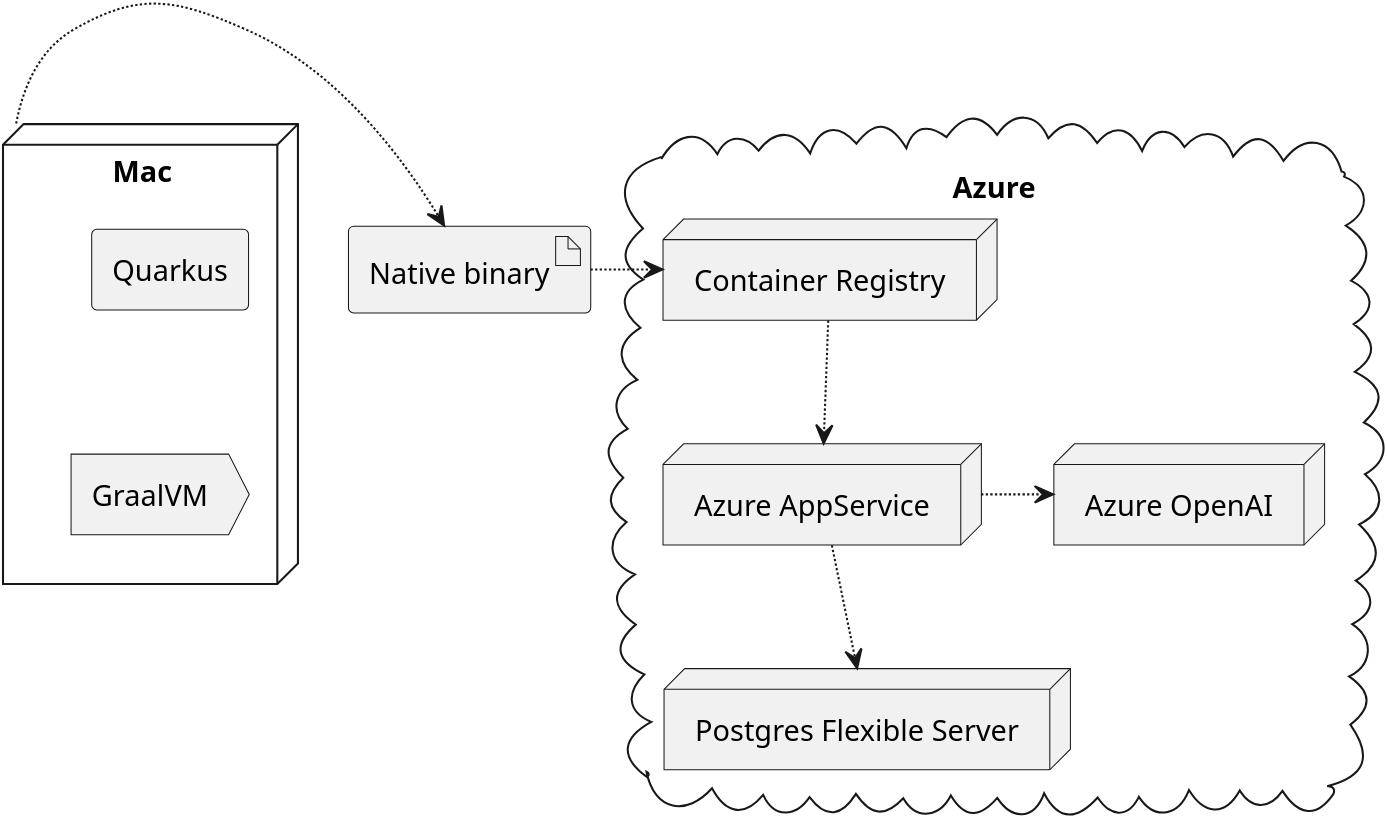
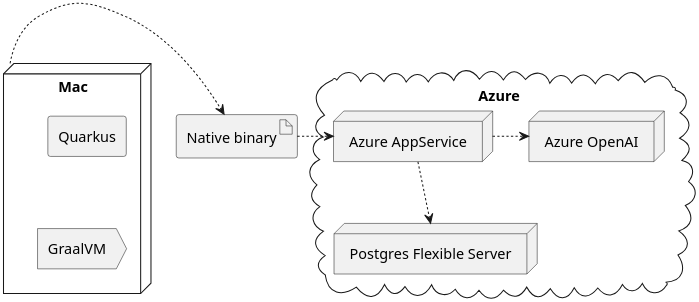
Before and after one commit to agoncal/agoncal-sample-azure-monitoring: the diagram in docs/src/docs/plantuml/cd-note-01-architecture.puml, drawn with PlantUML. The commit also changed 3 other files, not shown here.

```diff
--- a/docs/src/docs/plantuml/cd-note-01-architecture.puml
+++ b/docs/src/docs/plantuml/cd-note-01-architecture.puml
@@ -1,27 +1,25 @@
 @startuml
-skinparam dpi 600
+skinparam dpi 300
 
 'left to right direction
 
 node "Mac" as mac {
   agent Quarkus as macquarkus
   action GraalVM as macgraalvm
 }
 
 cloud "Azure" as azure {
-  node "Container Registry" as azurecr
   node "Azure AppService" as azureappservice
   node "Postgres Flexible Server" as azurepostgres
   node "Azure OpenAI" as openAI
 }
 
 artifact "Native binary" as binary
 
 mac .right.> binary
-binary .right.> azurecr
+binary .right.> azureappservice
 
-azurecr ..> azureappservice
 azureappservice ..> azurepostgres
 azureappservice .> openAI
 macquarkus -[hidden]-> macgraalvm
 @enduml
```
